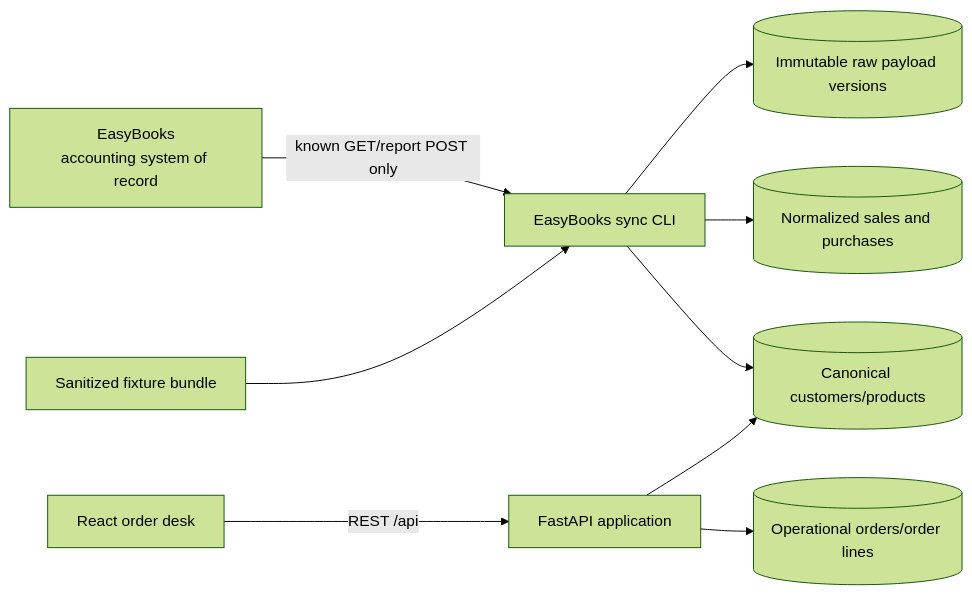
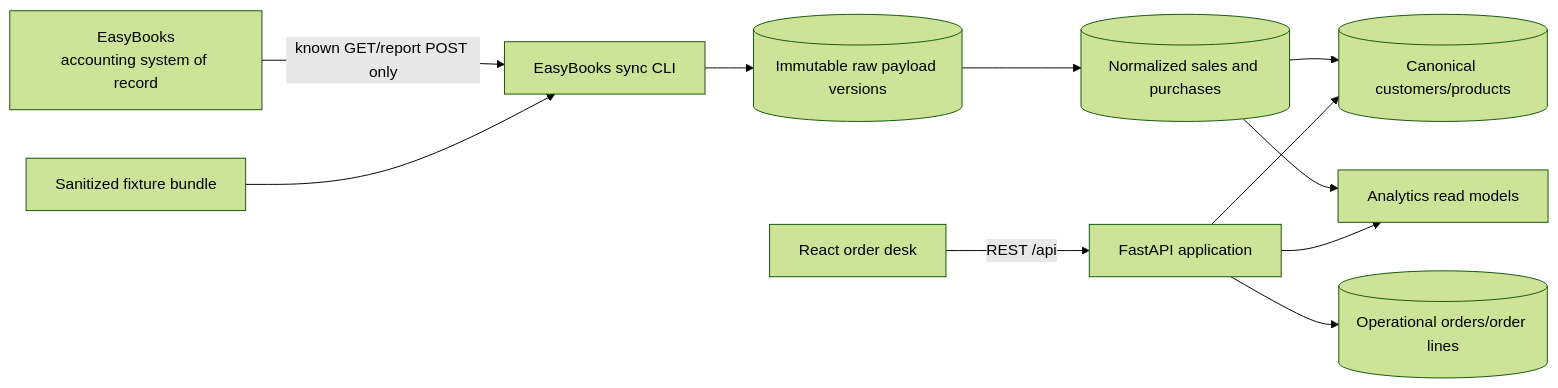
Before and after one commit to lystiger/UniOps: the diagram in README.md, drawn with Mermaid (forest theme). The commit also changed other lines of this file and 21 other files, not shown here.

````diff
--- a/README.md
+++ b/README.md
@@ -28,11 +70,13 @@
 ```mermaid
 flowchart LR
     EB["EasyBooks<br/>accounting system of record"] -->|known GET/report POST only| CLI[EasyBooks sync CLI]
     FX[Sanitized fixture bundle] --> CLI
     CLI --> RAW[(Immutable raw payload versions)]
-    CLI --> ACCT[(Normalized sales and purchases)]
-    CLI --> CAT[(Canonical customers/products)]
+    RAW --> ACCT[(Normalized sales and purchases)]
+    ACCT --> CAT[(Canonical customers/products)]
+    ACCT --> MART[Analytics read models]
     UI[React order desk] -->|REST /api| API[FastAPI application]
     API --> ORD[(Operational orders/order lines)]
     API --> CAT
+    API --> MART
 ```
````
